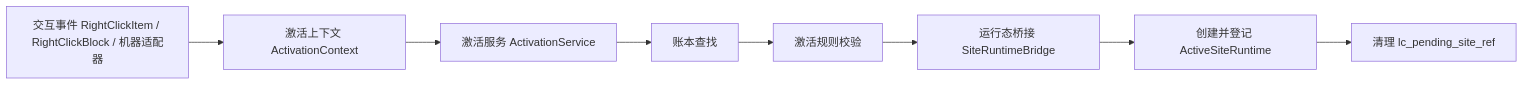
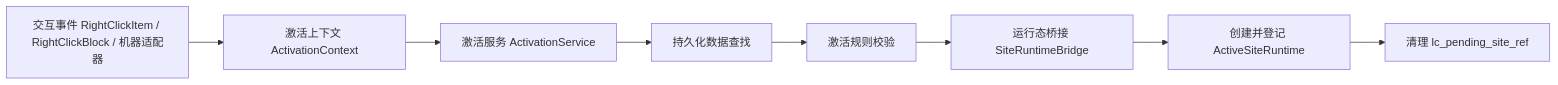
One commit to PickAID/LostCivilization changed the diagram in docs/src/zh-CN/ModdingDeveloping/Implementation/Activation.md. Above: the diagram before and after it, drawn with Mermaid. The commit also changed other lines of this file and 98 other files, not shown here.

````diff
--- a/docs/src/zh-CN/ModdingDeveloping/Implementation/Activation.md
+++ b/docs/src/zh-CN/ModdingDeveloping/Implementation/Activation.md
@@ -11,10 +11,10 @@
 ```mermaid
 flowchart LR
     Adapter["交互事件 RightClickItem / RightClickBlock / 机器适配器"] --> Context["激活上下文 ActivationContext"]
     Context --> Service["激活服务 ActivationService"]
-    Service --> Lookup["账本查找"]
+    Service --> Lookup["持久化数据查找"]
     Lookup --> Validate["激活规则校验"]
     Validate --> Bridge["运行态桥接 SiteRuntimeBridge"]
     Bridge --> Registry["创建并登记 ActiveSiteRuntime"]
     Registry --> Clear["清理 lc_pending_site_ref"]
 ```
````
